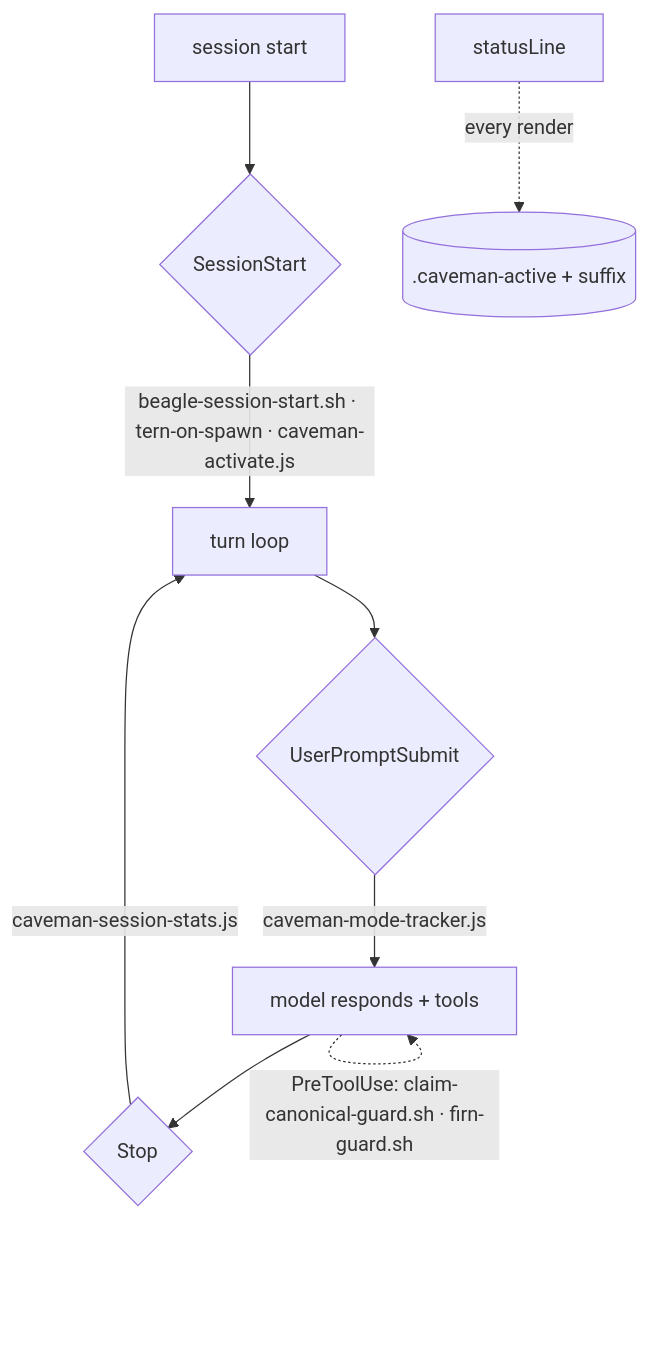
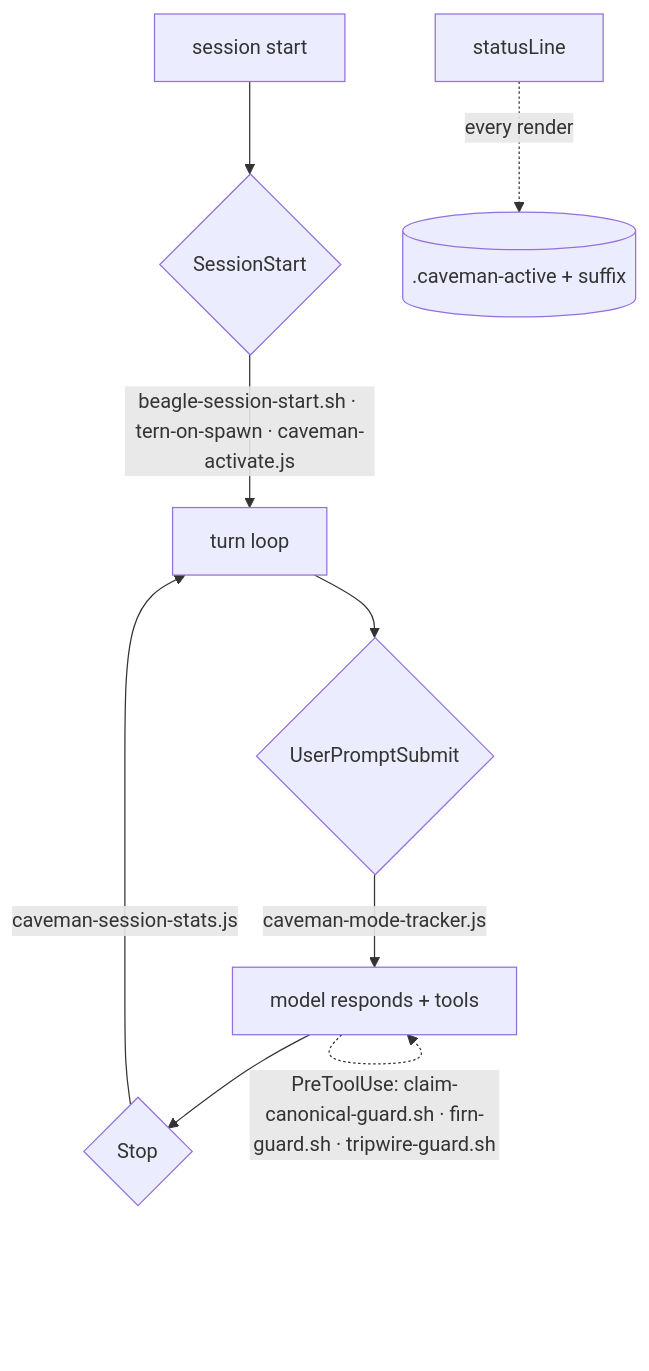
Before and after one commit to tompassarelli/firn: the diagram in docs/claude/02-local-map.md, drawn with Mermaid. The commit also changed other lines of this file and 5 other files, not shown here.

````diff
--- a/docs/claude/02-local-map.md
+++ b/docs/claude/02-local-map.md
@@ -49,11 +49,11 @@
 ```mermaid
 flowchart TD
   A[session start] --> B{SessionStart}
   B -->|"beagle-session-start.sh · tern-on-spawn · caveman-activate.js"| C[turn loop]
   C --> D{UserPromptSubmit}
   D -->|"caveman-mode-tracker.js"| E["model responds + tools"]
-  E -.->|"PreToolUse: claim-canonical-guard.sh · firn-guard.sh"| E
+  E -.->|"PreToolUse: claim-canonical-guard.sh · firn-guard.sh · tripwire-guard.sh"| E
   E --> F{Stop}
   F -->|"caveman-session-stats.js"| C
   G[statusLine] -.->|"every render"| Hs[(".caveman-active + suffix")]
 ```
````
